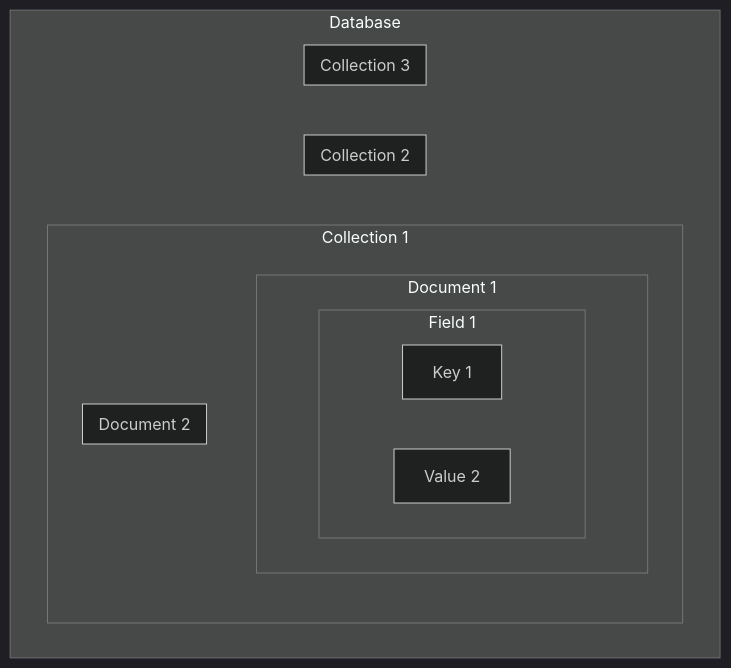
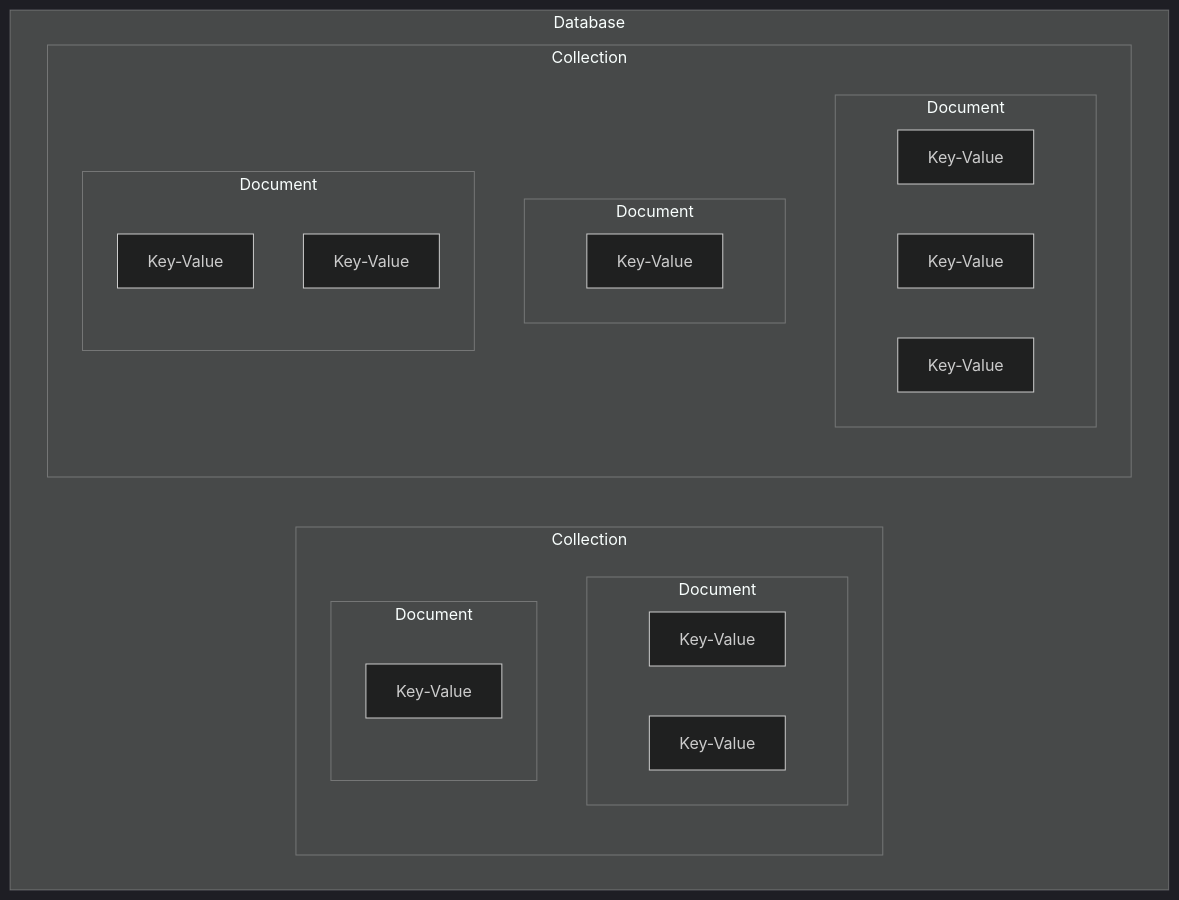
Before and after one commit to choesimin/choesimin.github.io: the diagram in _notes/mongodb/index.md, drawn with Mermaid (dark theme). The commit also changed other lines of this file, not shown here.

````diff
--- a/_notes/mongodb/index.md
+++ b/_notes/mongodb/index.md
@@ -27,20 +27,29 @@
 ```mermaid
-flowchart
+flowchart TD
 
 subgraph database[Database]
-    subgraph collection1[Collection 1]
-        subgraph document1[Document 1]
-            subgraph field[Field 1]
-                key1[Key 1]
-                value2[Value 2]
-            end
+    subgraph collection1[Collection]
+        subgraph document1[Document]
+            field1[Key-Value]
+            field2[Key-Value]
         end
-        subgraph document2[Document 2]
+        subgraph document2[Document]
+            field3[Key-Value]
         end
     end
-    subgraph collection2[Collection 2]
-    end
-    subgraph collection3[Collection 3]
+    subgraph collection2[Collection]
+        subgraph document3[Document]
+            field4[Key-Value]
+            field5[Key-Value]
+            field6[Key-Value]
+        end
+        subgraph document4[Document]
+            field7[Key-Value]
+        end
+        subgraph document5[Document]
+            field8[Key-Value]
+            field9[Key-Value]
+        end
     end
 end
 ```
````
